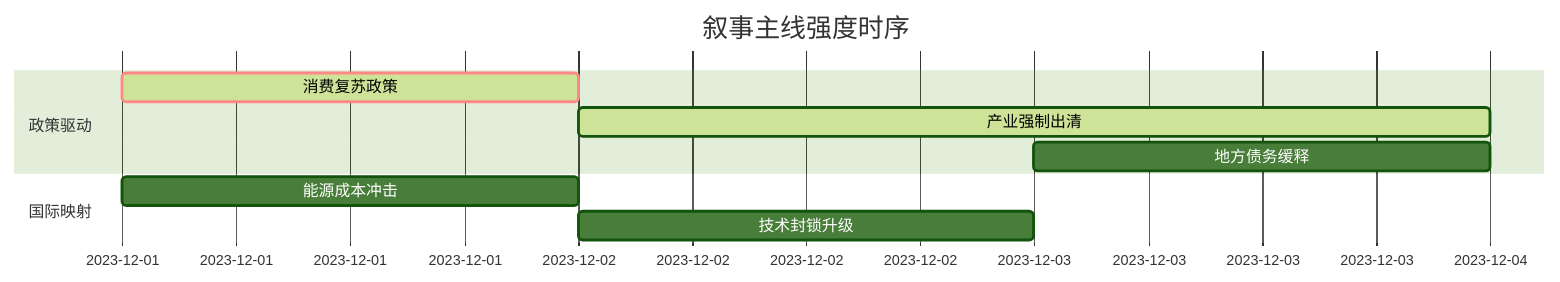
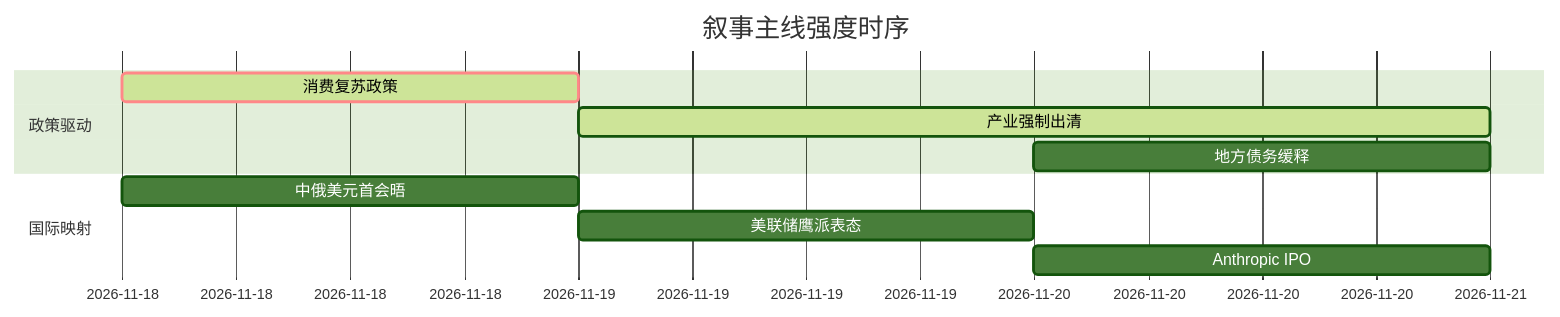
The diagram in 5day_report.md (uu5zn/uu5zn.github.io), drawn with Mermaid (forest theme) before and after one commit. The commit also changed other lines of this file and 19 other files, not shown here.

````diff
--- a/5day_report.md
+++ b/5day_report.md
@@ -53,13 +55,14 @@
 ```mermaid
 gantt
     title 叙事主线强度时序
     dateFormat  YYYY-MM-DD
     section 政策驱动
-    消费复苏政策   :crit, active, 2023-12-01, 1d
-    产业强制出清   :active, 2023-12-02, 2d
-    地方债务缓释   :2023-12-03, 1d
+    消费复苏政策   :crit, active, 2026-11-18, 1d
+    产业强制出清   :active, 2026-11-19, 2d
+    地方债务缓释   :2026-11-20, 1d
     
     section 国际映射
-    能源成本冲击   :2023-12-01, 1d
-    技术封锁升级   :2023-12-02, 1d
+    中俄美元首会晤   :2026-11-18, 1d
+    美联储鹰派表态   :2026-11-19, 1d
+    Anthropic IPO    :2026-11-20, 1d
 ```
````
